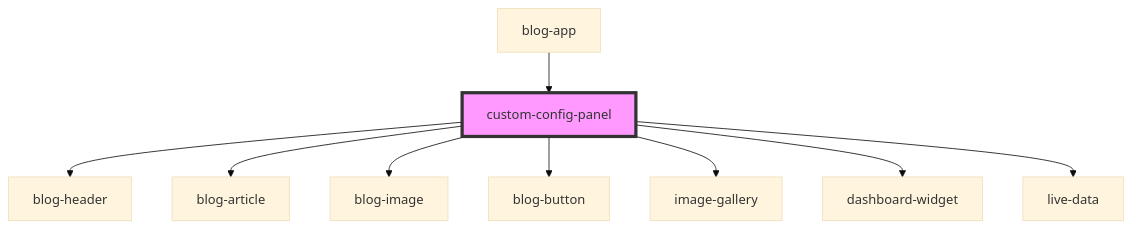
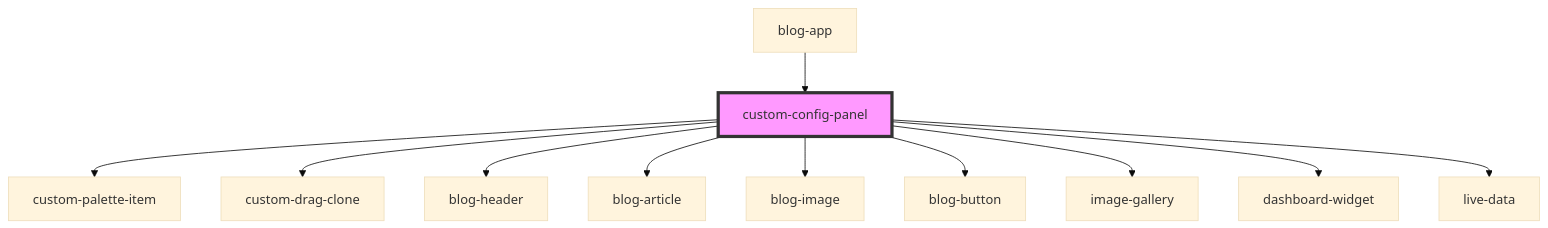
The diagram in stencil-grid-builder/src/demo/components/custom-config-panel/readme.md (lucidworks/grid-builder-poc), drawn with Mermaid (base theme) before and after one commit. The commit also changed other lines of this file and 41 other files, not shown here.

````diff
--- a/stencil-grid-builder/src/demo/components/custom-config-panel/readme.md
+++ b/stencil-grid-builder/src/demo/components/custom-config-panel/readme.md
@@ -32,12 +34,14 @@
 ```mermaid
 graph TD;
+  custom-config-panel --> custom-palette-item
+  custom-config-panel --> custom-drag-clone
   custom-config-panel --> blog-header
   custom-config-panel --> blog-article
   custom-config-panel --> blog-image
   custom-config-panel --> blog-button
   custom-config-panel --> image-gallery
   custom-config-panel --> dashboard-widget
   custom-config-panel --> live-data
   blog-app --> custom-config-panel
   style custom-config-panel fill:#f9f,stroke:#333,stroke-width:4px
 ```
````
